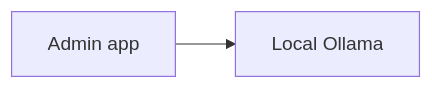
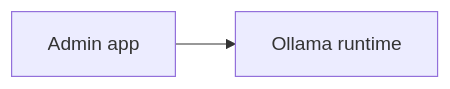
One commit to BootlegYouki/at-iba-pa-pos changed the second of 2 diagrams in docs/09-security.md. Above: the diagram before and after it, drawn with Mermaid. The commit also changed other lines of this file and 6 other files, not shown here.

Commit message:
feat: Update README and documentation for Ollama runtime integration and mobile app status

````diff
--- a/docs/09-security.md
+++ b/docs/09-security.md
@@ -108,4 +108,4 @@
 ```mermaid
 flowchart LR
-    Admin["Admin app"] --> Ollama["Local Ollama"]
+    Admin["Admin app"] --> Ollama["Ollama runtime"]
 ```
````
